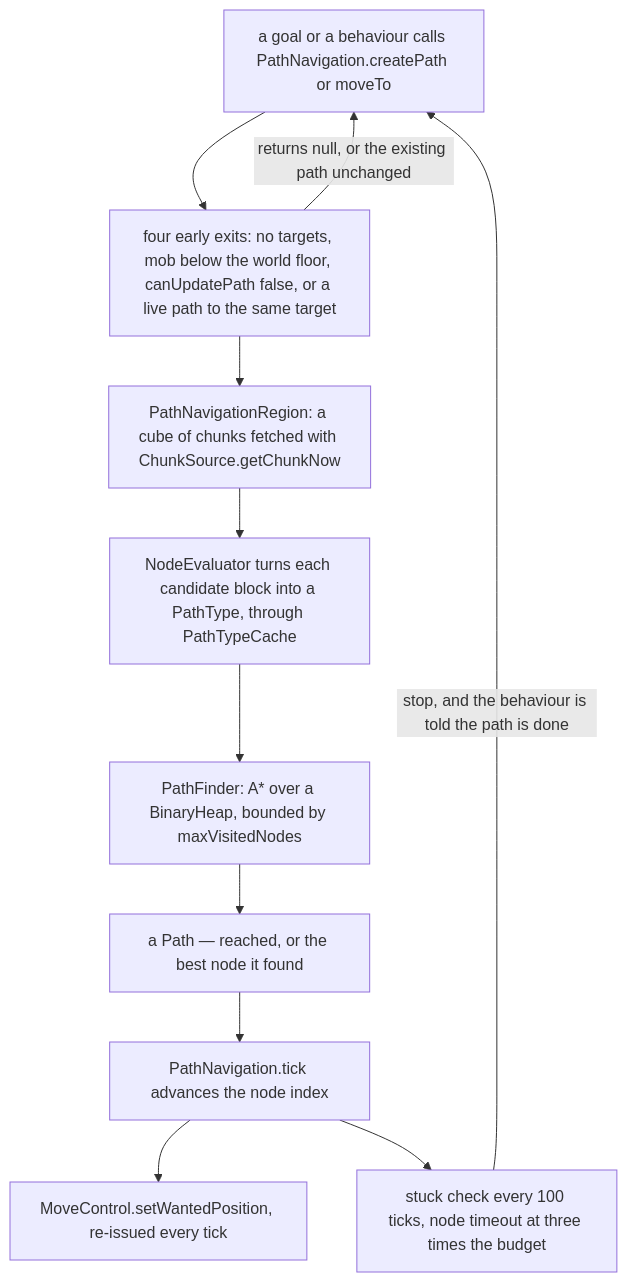
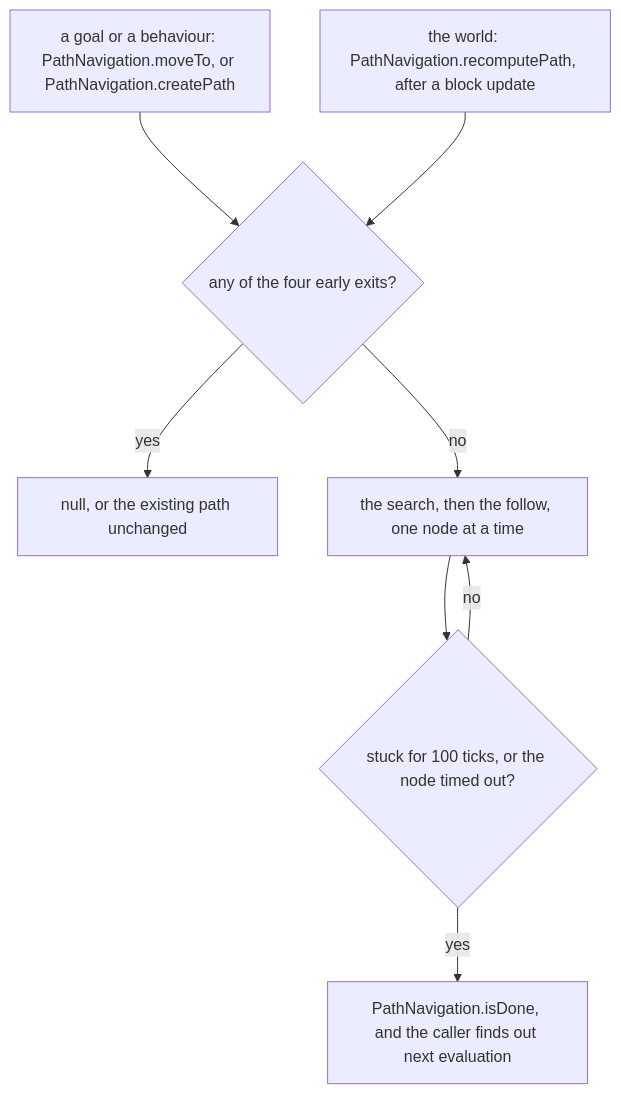
One commit to AlexanderjFraser/MinecraftDocs changed the first of 2 diagrams in src/systems/entities/pathfinding.md. Above: the diagram before and after it, drawn with Mermaid. The commit also changed other lines of this file and 23 other files, not shown here.

````diff
--- a/src/systems/entities/pathfinding.md
+++ b/src/systems/entities/pathfinding.md
@@ -41,23 +44,18 @@
 ```mermaid
-flowchart TB
-    WANT["a goal or a behaviour calls PathNavigation.createPath or moveTo"]
-    GATE["four early exits: no targets, mob below the world floor, canUpdatePath false, or a live path to the same target"]
-    REGION["PathNavigationRegion: a cube of chunks fetched with ChunkSource.getChunkNow"]
-    EVAL["NodeEvaluator turns each candidate block into a PathType, through PathTypeCache"]
-    SEARCH["PathFinder: A* over a BinaryHeap, bounded by maxVisitedNodes"]
-    PATH["a Path — reached, or the best node it found"]
-    FOLLOW["PathNavigation.tick advances the node index"]
-    CTRL["MoveControl.setWantedPosition, re-issued every tick"]
-    GIVEUP["stuck check every 100 ticks, node timeout at three times the budget"]
+flowchart TD
+    WANT["a goal or a behaviour: PathNavigation.moveTo, or PathNavigation.createPath"]
+    WORLD["the world: PathNavigation.recomputePath, after a block update"]
+    GATE{"any of the four early exits?"}
+    NULL["null, or the existing path unchanged"]
+    RUN["the search, then the follow, one node at a time"]
+    GIVEUP{"stuck for 100 ticks, or the node timed out?"}
+    DONE["PathNavigation.isDone, and the caller finds out next evaluation"]
 
     WANT --> GATE
-    GATE -- "returns null, or the existing path unchanged" --> WANT
-    GATE --> REGION
-    REGION --> EVAL
-    EVAL --> SEARCH
-    SEARCH --> PATH
-    PATH --> FOLLOW
-    FOLLOW --> CTRL
-    FOLLOW --> GIVEUP
-    GIVEUP -- "stop, and the behaviour is told the path is done" --> WANT
+    WORLD --> GATE
+    GATE -- "yes" --> NULL
+    GATE -- "no" --> RUN
+    RUN --> GIVEUP
+    GIVEUP -- "yes" --> DONE
+    GIVEUP -- "no" --> RUN
 ```
````
